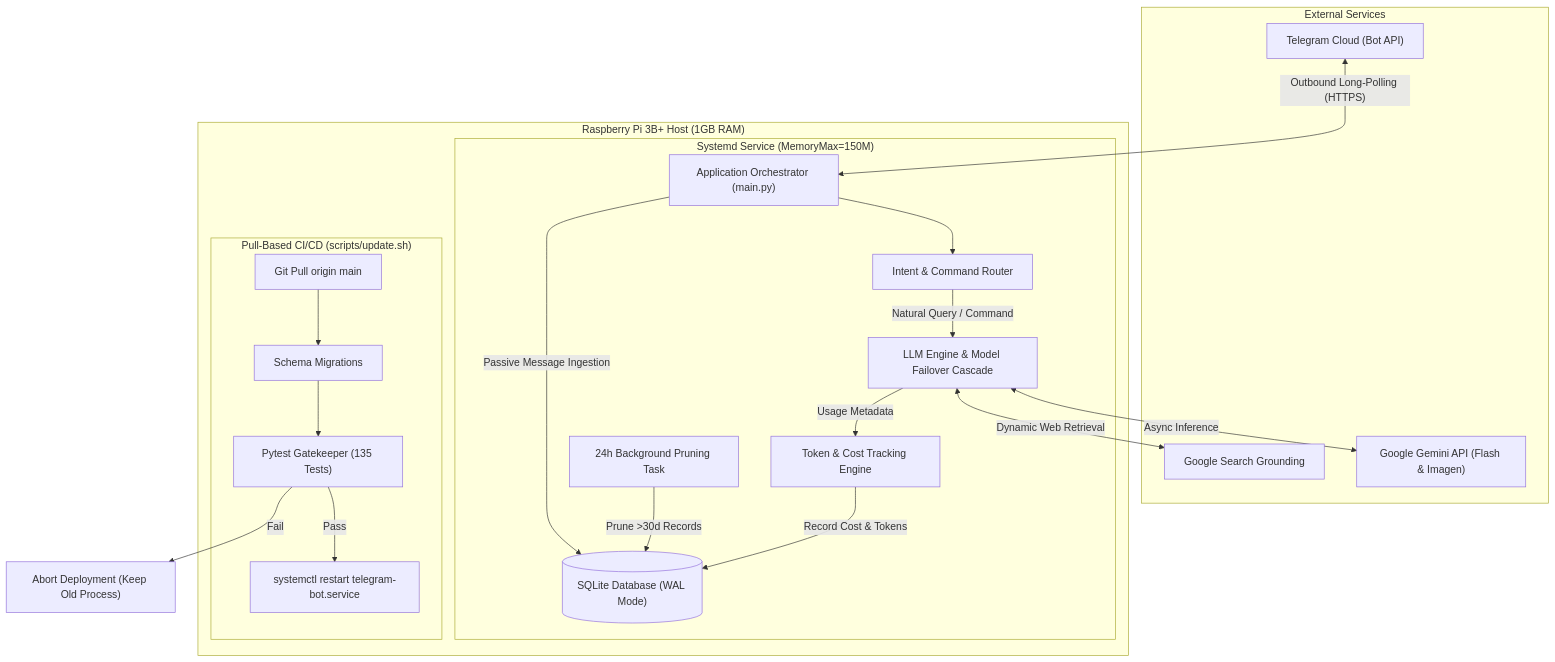
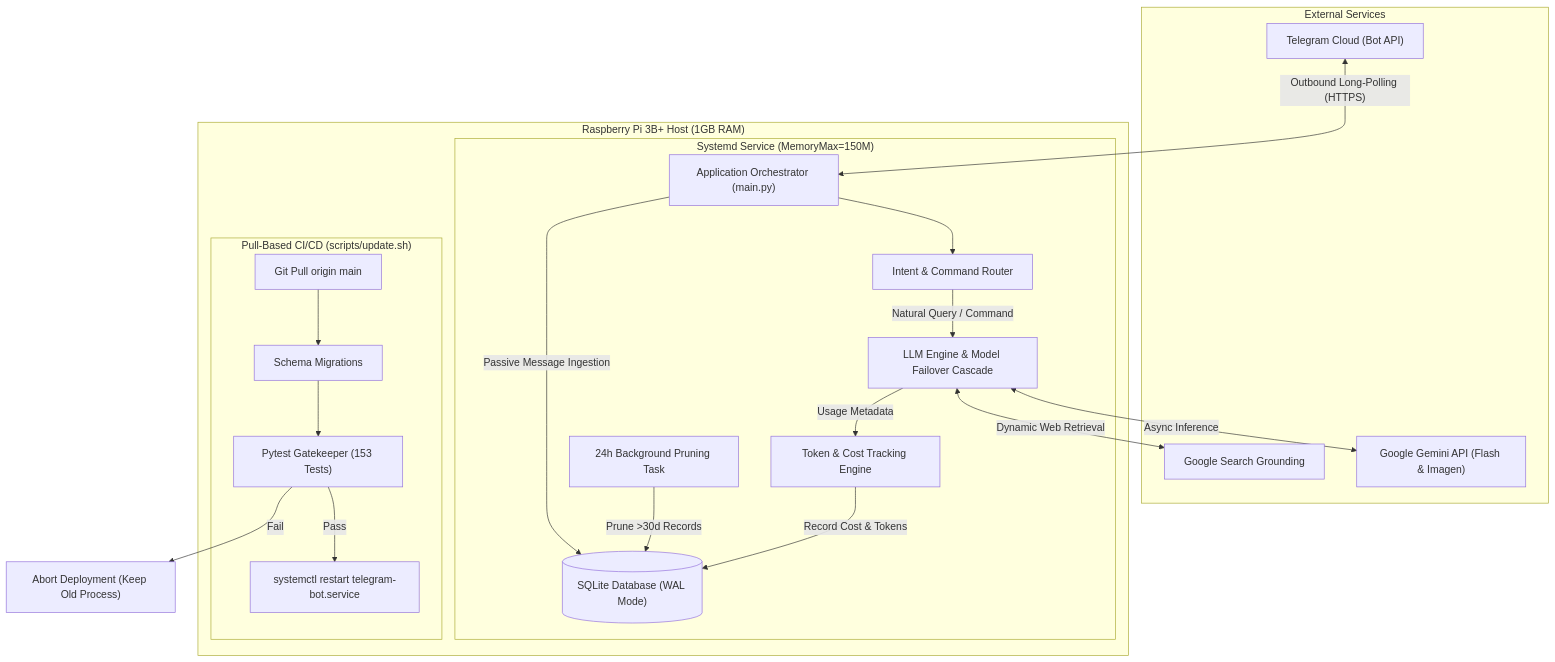
The first of 2 diagrams in README.md (TheLogDuck/pi-telegram-chat-bot), drawn with Mermaid before and after one commit. The commit also changed other lines of this file and 5 other files, not shown here.

````diff
--- a/README.md
+++ b/README.md
@@ -34,40 +34,40 @@
 ```mermaid
 flowchart TD
     subgraph External ["External Services"]
         TG["Telegram Cloud (Bot API)"]
         GEMINI["Google Gemini API (Flash & Imagen)"]
         GSEARCH["Google Search Grounding"]
     end
 
     subgraph EdgeDevice ["Raspberry Pi 3B+ Host (1GB RAM)"]
         subgraph SystemdUnit ["Systemd Service (MemoryMax=150M)"]
             APP["Application Orchestrator (main.py)"]
             ROUTER["Intent & Command Router"]
             LLM_ENGINE["LLM Engine & Model Failover Cascade"]
             TELEMETRY["Token & Cost Tracking Engine"]
             DB_ENGINE[("SQLite Database (WAL Mode)")]
             CLEANUP["24h Background Pruning Task"]
         end
 
         subgraph CICD ["Pull-Based CI/CD (scripts/update.sh)"]
             GIT["Git Pull origin main"]
             MIGRATE["Schema Migrations"]
-            PYTEST["Pytest Gatekeeper (135 Tests)"]
+            PYTEST["Pytest Gatekeeper (153 Tests)"]
             RELOAD["systemctl restart telegram-bot.service"]
         end
     end
 
     TG <-->|"Outbound Long-Polling (HTTPS)"| APP
     APP --> ROUTER
     ROUTER -->|"Natural Query / Command"| LLM_ENGINE
     LLM_ENGINE <-->|"Async Inference"| GEMINI
     LLM_ENGINE <-->|"Dynamic Web Retrieval"| GSEARCH
     LLM_ENGINE -->|"Usage Metadata"| TELEMETRY
     TELEMETRY -->|"Record Cost & Tokens"| DB_ENGINE
     APP -->|"Passive Message Ingestion"| DB_ENGINE
     CLEANUP -->|"Prune >30d Records"| DB_ENGINE
 
     GIT --> MIGRATE --> PYTEST
     PYTEST -->|"Pass"| RELOAD
     PYTEST -->|"Fail"| ABORT["Abort Deployment (Keep Old Process)"]
 ```
````
